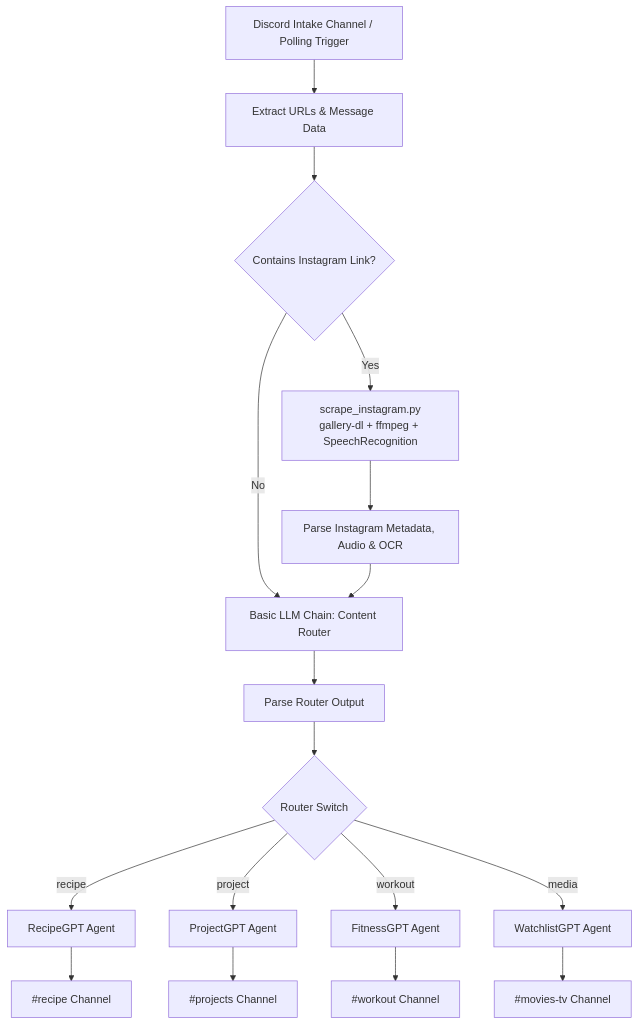
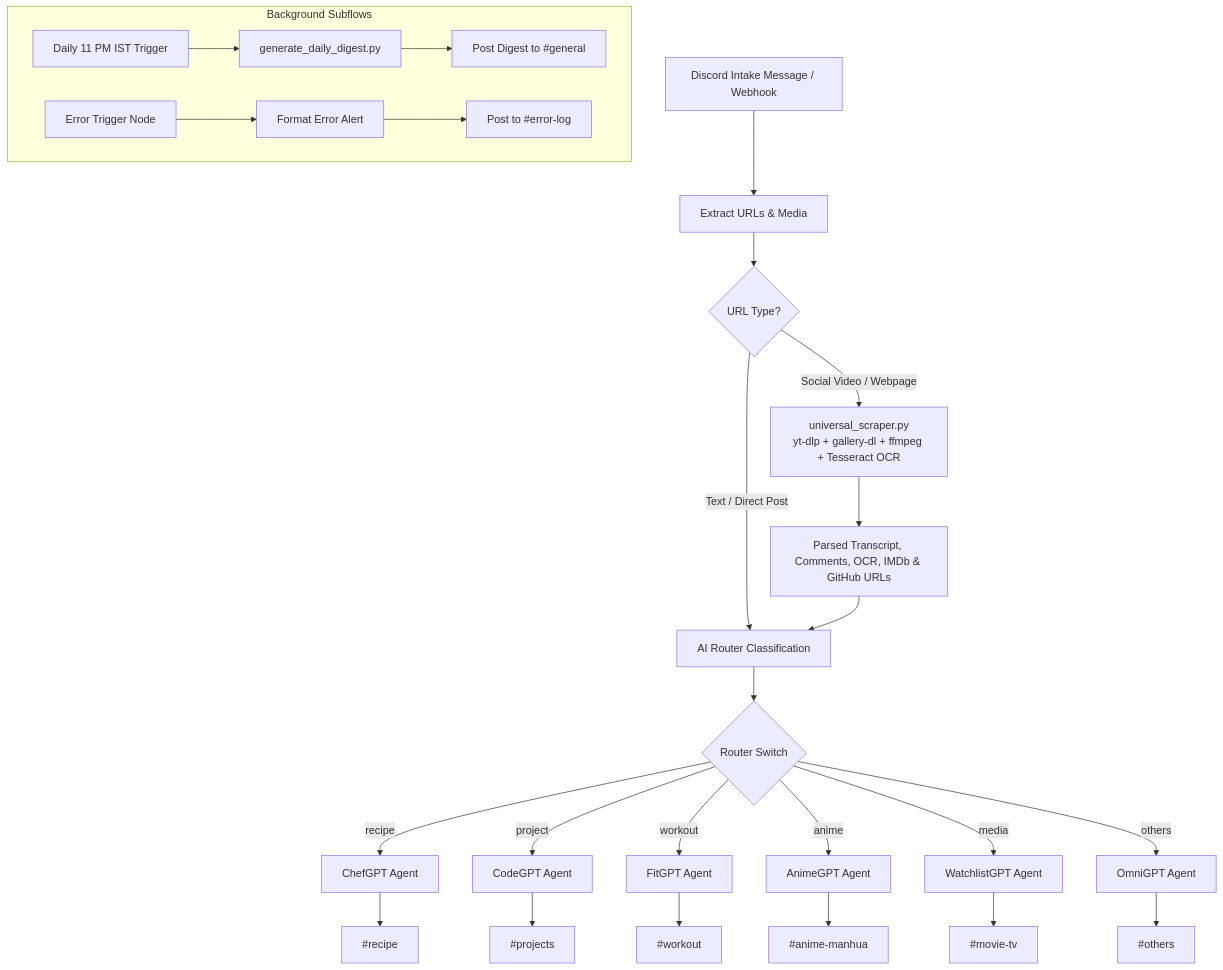
Before and after one commit to mohd-shariq-osmani/n8n-workflows: the diagram in README.md, drawn with Mermaid. The commit also changed other lines of this file, not shown here.

Commit message:
docs: update README with 6 specialty agents, universal scraper, daily digest, and error logging

````diff
--- a/README.md
+++ b/README.md
@@ -149,16 +123,22 @@
 ```mermaid
 flowchart TD
-    A[Discord Intake Channel / Polling Trigger] --> B[Extract URLs & Message Data]
-    B --> C{Contains Instagram Link?}
-    C -- Yes --> D[scrape_instagram.py<br/>gallery-dl + ffmpeg + SpeechRecognition]
-    D --> E[Parse Instagram Metadata, Audio & OCR]
-    C -- No --> F[Basic LLM Chain: Content Router]
+    A[Discord Intake Message / Webhook] --> B[Extract URLs & Media]
+    B --> C{URL Type?}
+    C -- Social Video / Webpage --> D[universal_scraper.py<br/>yt-dlp + gallery-dl + ffmpeg + Tesseract OCR]
+    D --> E[Parsed Transcript, Comments, OCR, IMDb & GitHub URLs]
+    C -- Text / Direct Post --> F[AI Router Classification]
     E --> F
-    F --> G[Parse Router Output]
-    G --> H{Router Switch}
     
-    H -- recipe --> I[RecipeGPT Agent] --> M[#recipe Channel]
-    H -- project --> J[ProjectGPT Agent] --> N[#projects Channel]
-    H -- workout --> K[FitnessGPT Agent] --> O[#workout Channel]
-    H -- media --> L[WatchlistGPT Agent] --> P[#movies-tv Channel]
+    F --> G{Router Switch}
+    G -- recipe --> H1[ChefGPT Agent] --> P1[#recipe]
+    G -- project --> H2[CodeGPT Agent] --> P2[#projects]
+    G -- workout --> H3[FitGPT Agent] --> P3[#workout]
+    G -- anime --> H4[AnimeGPT Agent] --> P4[#anime-manhua]
+    G -- media --> H5[WatchlistGPT Agent] --> P5[#movie-tv]
+    G -- others --> H6[OmniGPT Agent] --> P6[#others]
+
+    subgraph Background Subflows
+        T1[Daily 11 PM IST Trigger] --> D1[generate_daily_digest.py] --> D2[Post Digest to #general]
+        E1[Error Trigger Node] --> E2[Format Error Alert] --> E3[Post to #error-log]
+    end
 ```
````
